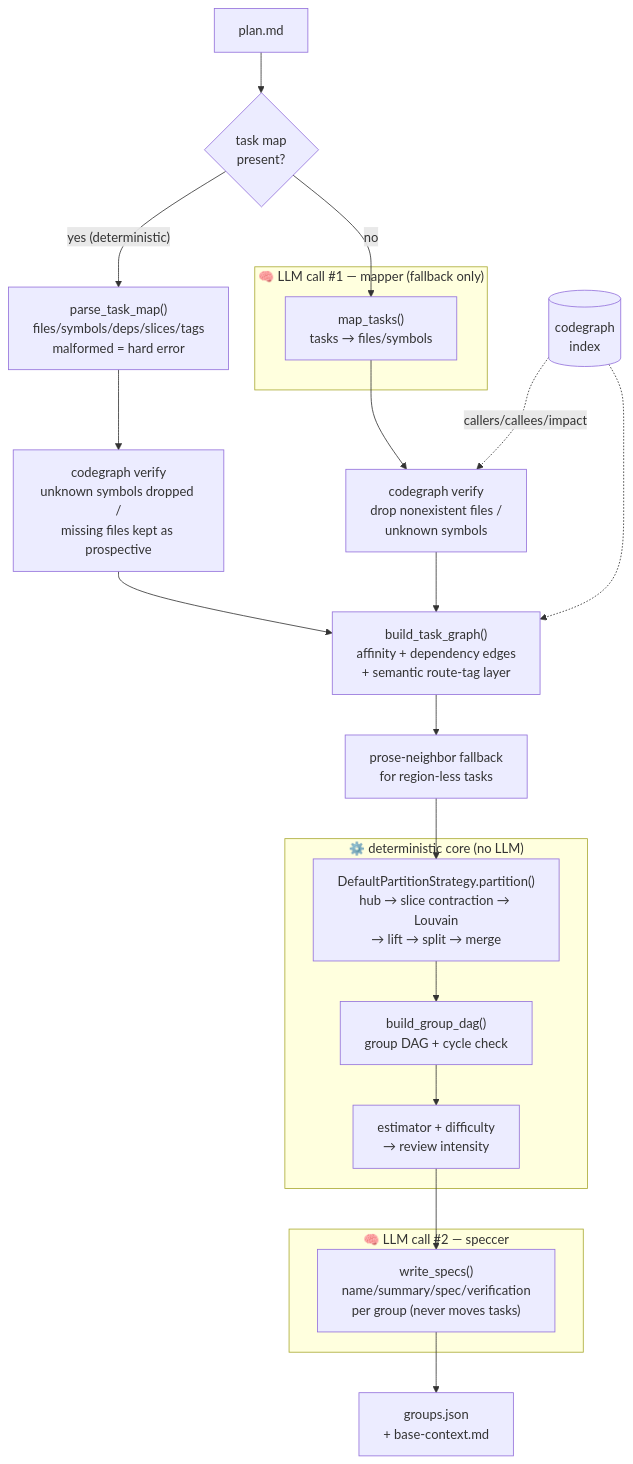
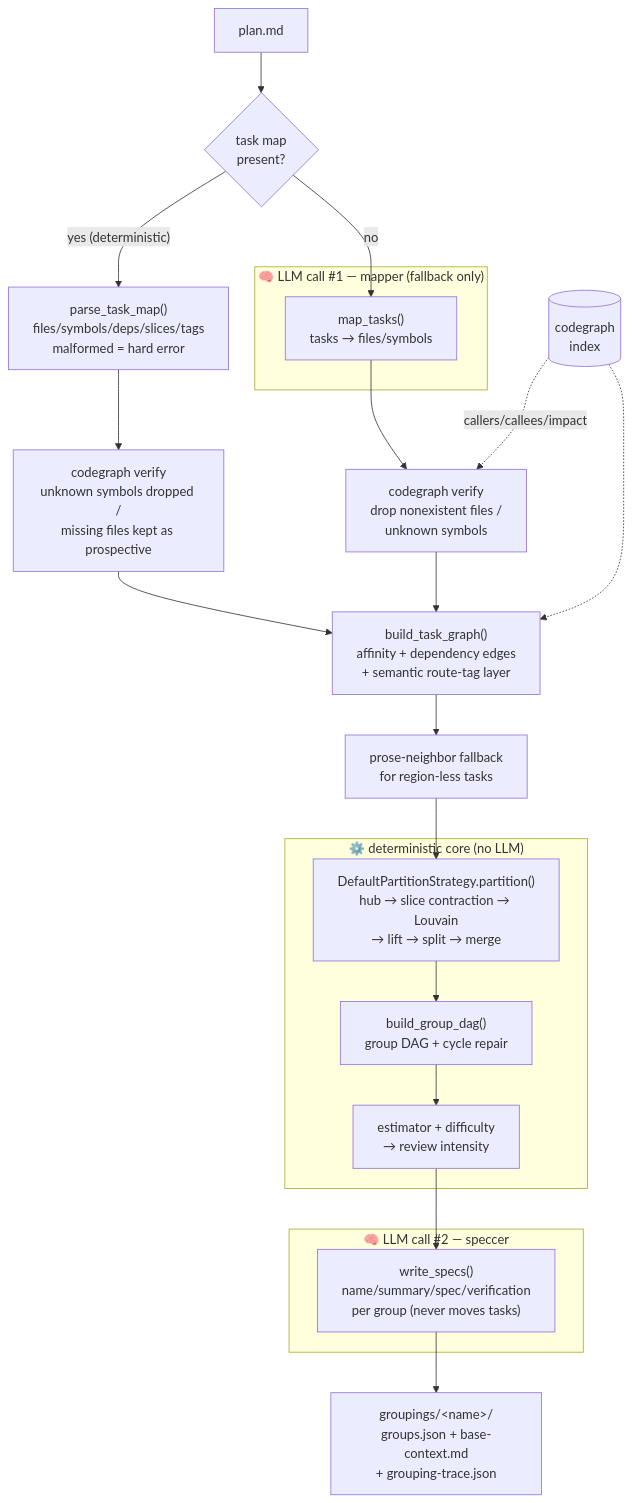
The first of 4 diagrams in docs/orchestrator-grouping.md (Giovani-Merlin/smart_mcps), drawn with Mermaid before and after one commit. The commit also changed other lines of this file, not shown here.

First line of the commit message:
docs(orchestrator): named-grouping layout, slice hard invariant, pricing sweep

````diff
--- a/docs/orchestrator-grouping.md
+++ b/docs/orchestrator-grouping.md
@@ -26,34 +28,34 @@
 ```mermaid
 flowchart TD
     plan["plan.md"] --> tmap{"task map<br/>present?"}
     tmap -- "yes (deterministic)" --> parse["parse_task_map()<br/>files/symbols/deps/slices/tags<br/>malformed = hard error"]
     tmap -- no --> mapper
 
     subgraph LLM1["🧠 LLM call #1 — mapper (fallback only)"]
         mapper["map_tasks()<br/>tasks → files/symbols"]
     end
 
     mapper --> verify["codegraph verify<br/>drop nonexistent files /<br/>unknown symbols"]
     parse --> verify2["codegraph verify<br/>unknown symbols dropped /<br/>missing files kept as prospective"]
     cg[("codegraph<br/>index")] -.->|callers/callees/impact| verify
     verify --> tg["build_task_graph()<br/>affinity + dependency edges<br/>+ semantic route-tag layer"]
     verify2 --> tg
     cg -.-> tg
     tg --> prose["prose-neighbor fallback<br/>for region-less tasks"]
 
     prose --> partition
 
     subgraph DET["⚙️ deterministic core (no LLM)"]
         partition["DefaultPartitionStrategy.partition()<br/>hub → slice contraction → Louvain<br/>→ lift → split → merge"]
-        partition --> dag["build_group_dag()<br/>group DAG + cycle check"]
+        partition --> dag["build_group_dag()<br/>group DAG + cycle repair"]
         dag --> est["estimator + difficulty<br/>→ review intensity"]
     end
 
     est --> speccer
 
     subgraph LLM2["🧠 LLM call #2 — speccer"]
         speccer["write_specs()<br/>name/summary/spec/verification<br/>per group (never moves tasks)"]
     end
 
-    speccer --> out["groups.json<br/>+ base-context.md"]
+    speccer --> out["groupings/&lt;name&gt;/<br/>groups.json + base-context.md<br/>+ grouping-trace.json"]
 ```
````
